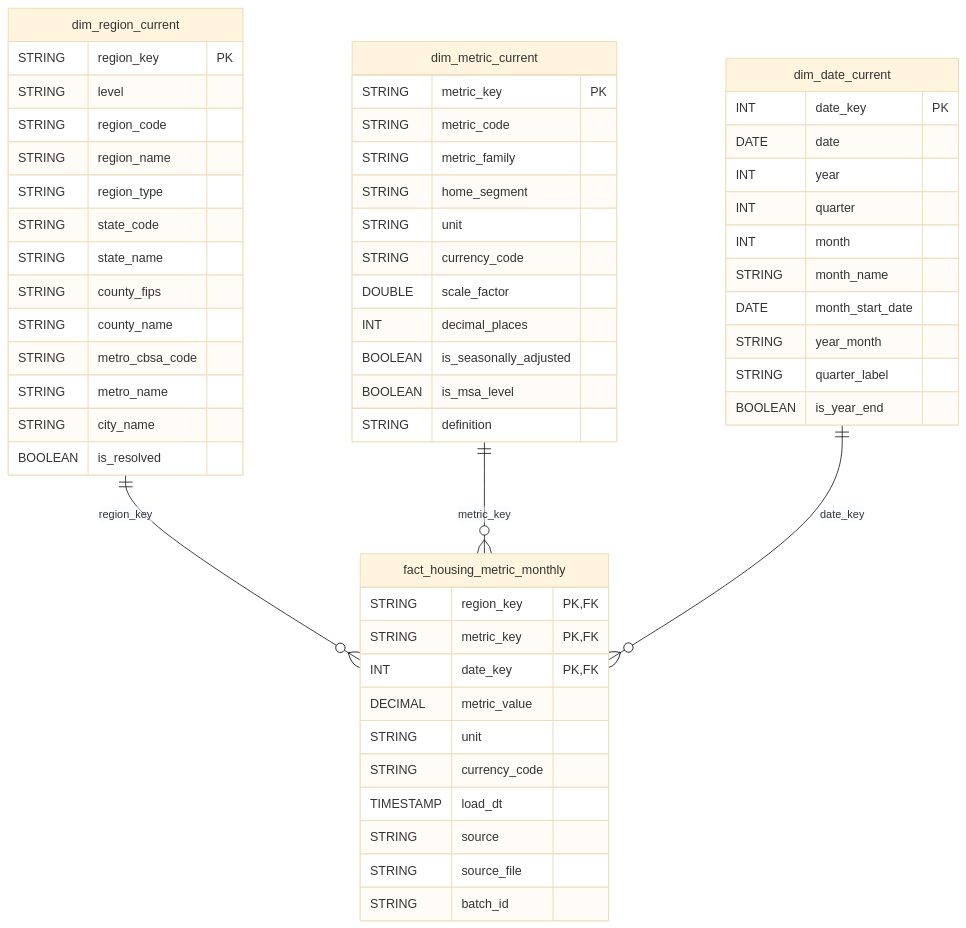
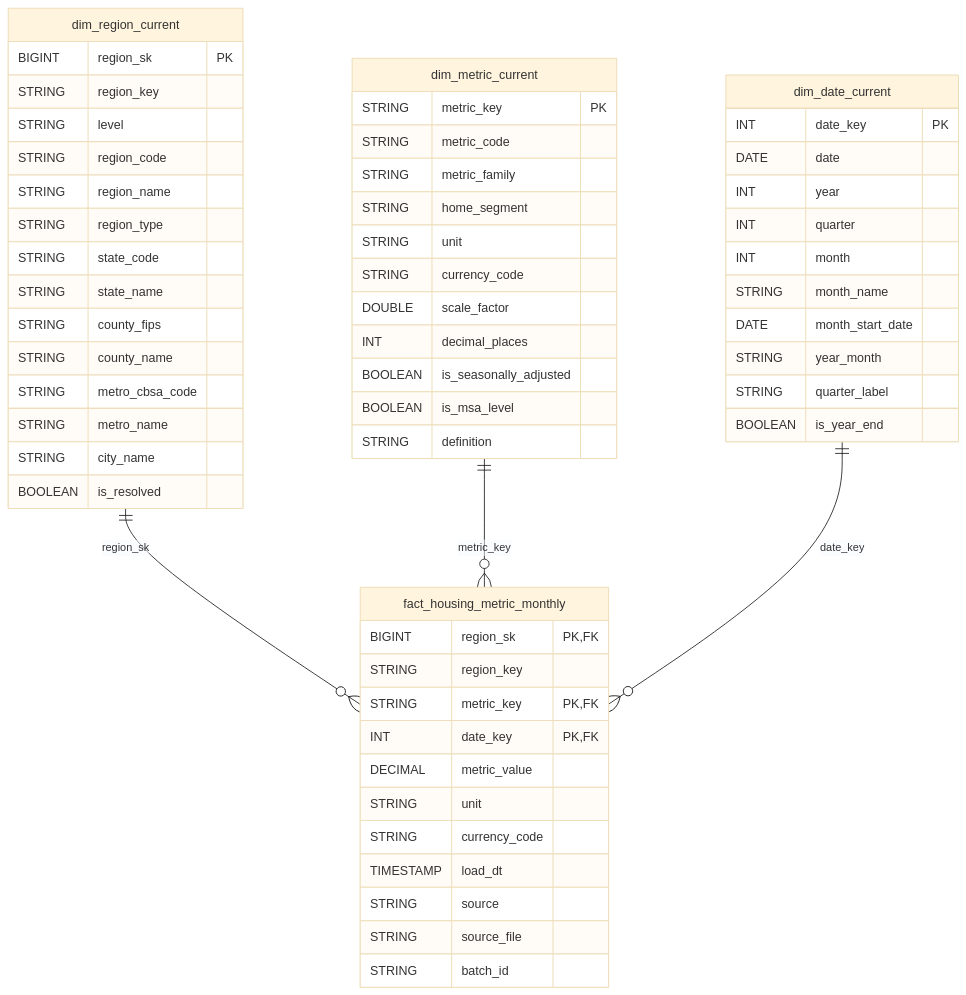
Before and after one commit to jiya426/vstone-databricks-pipeline: the diagram in docs/gold_data_model.md, drawn with Mermaid (base theme). The commit also changed other lines of this file, not shown here.

````diff
--- a/docs/gold_data_model.md
+++ b/docs/gold_data_model.md
@@ -8,58 +8,60 @@
 ```mermaid
 erDiagram
     dim_date_current {
         INT date_key PK
         DATE date
         INT year
         INT quarter
         INT month
         STRING month_name
         DATE month_start_date
         STRING year_month
         STRING quarter_label
         BOOLEAN is_year_end
     }
     dim_region_current {
-        STRING region_key PK
+        BIGINT region_sk PK
+        STRING region_key
         STRING level
         STRING region_code
         STRING region_name
         STRING region_type
         STRING state_code
         STRING state_name
         STRING county_fips
         STRING county_name
         STRING metro_cbsa_code
         STRING metro_name
         STRING city_name
         BOOLEAN is_resolved
     }
     dim_metric_current {
         STRING metric_key PK
         STRING metric_code
         STRING metric_family
         STRING home_segment
         STRING unit
         STRING currency_code
         DOUBLE scale_factor
         INT decimal_places
         BOOLEAN is_seasonally_adjusted
         BOOLEAN is_msa_level
         STRING definition
     }
     fact_housing_metric_monthly {
-        STRING region_key PK, FK
+        BIGINT region_sk PK, FK
+        STRING region_key
         STRING metric_key PK, FK
         INT date_key PK, FK
         DECIMAL metric_value
         STRING unit
         STRING currency_code
         TIMESTAMP load_dt
         STRING source
         STRING source_file
         STRING batch_id
     }
-    dim_region_current ||--o{ fact_housing_metric_monthly : region_key
+    dim_region_current ||--o{ fact_housing_metric_monthly : region_sk
     dim_metric_current ||--o{ fact_housing_metric_monthly : metric_key
     dim_date_current ||--o{ fact_housing_metric_monthly : date_key
 ```
````
